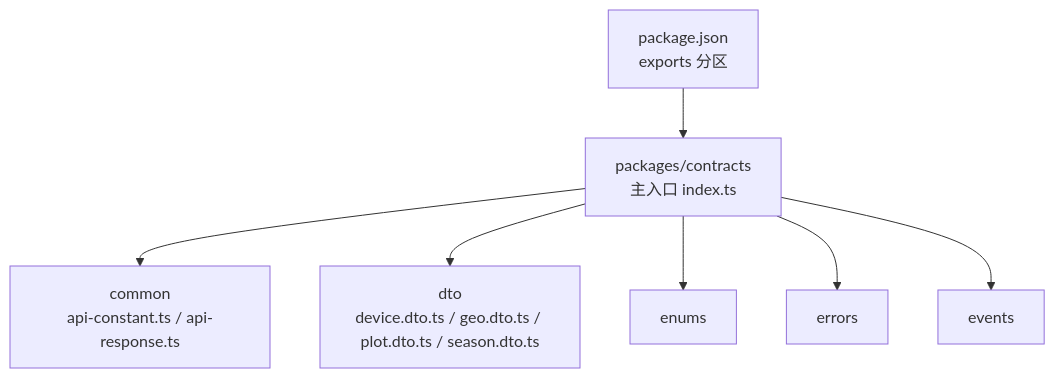
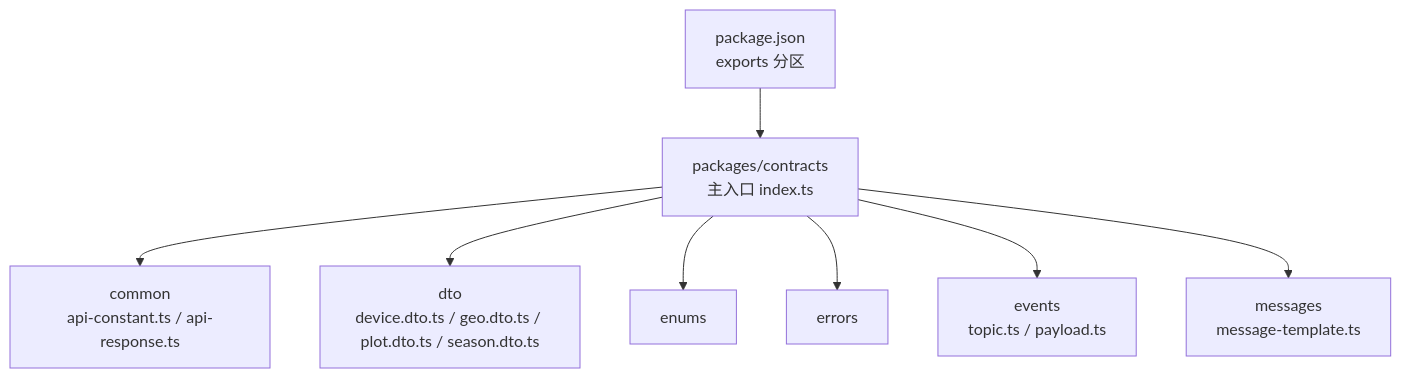
Before and after one commit to q446328246/agri-platform: the first of 6 diagrams in .qoder/repowiki/zh/content/公共包文档/契约定义包 (@agri_contracts).md, drawn with Mermaid. The commit also changed other lines of this file and 84 other files, not shown here.

````diff
--- a/.qoder/repowiki/zh/content/公共包文档/契约定义包 (@agri_contracts).md
+++ b/.qoder/repowiki/zh/content/公共包文档/契约定义包 (@agri_contracts).md
@@ -33,9 +49,10 @@
 ```mermaid
 graph TB
 A["packages/contracts<br/>主入口 index.ts"] --> B["common<br/>api-constant.ts / api-response.ts"]
 A --> C["dto<br/>device.dto.ts / geo.dto.ts / plot.dto.ts / season.dto.ts"]
 A --> D["enums"]
 A --> E["errors"]
-A --> F["events"]
-G["package.json<br/>exports 分区"] --> A
+A --> F["events<br/>topic.ts / payload.ts"]
+A --> G["messages<br/>message-template.ts"]
+H["package.json<br/>exports 分区"] --> A
 ```
````
